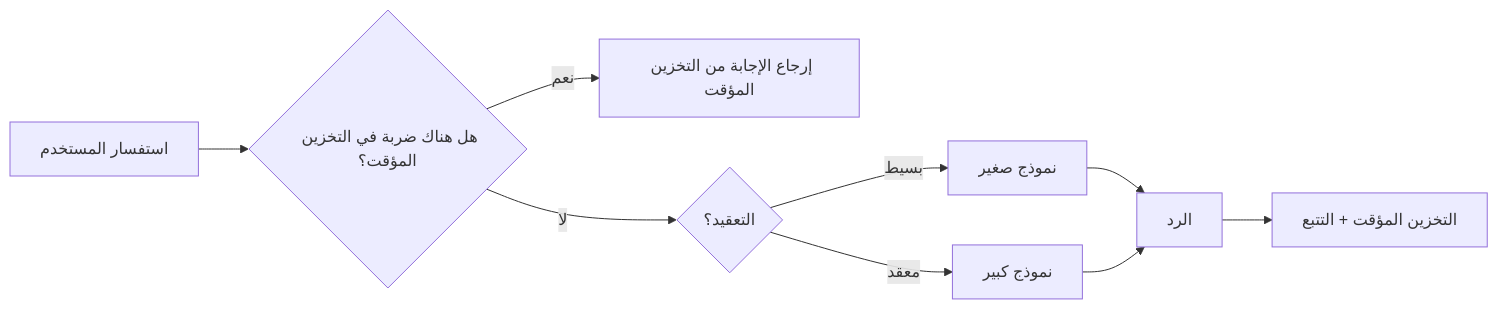
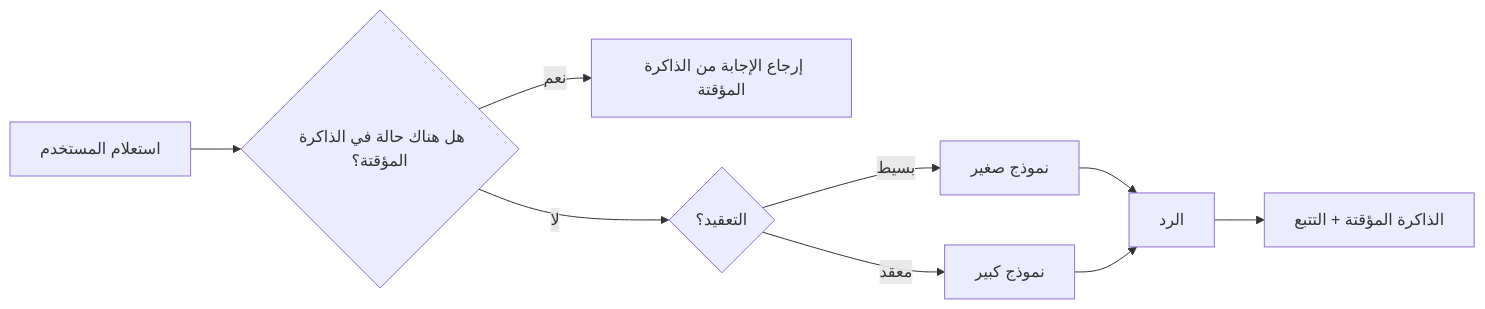
The third of 4 diagrams in mirrors/repos/microsoft@ai-agents-for-beginners/translations/ar/16-deploying-scalable-agents/README.md (gabrielmoreira/agent-skills-mirror), drawn with Mermaid before and after one commit. The commit also changed other lines of this file and 3581 other files, not shown here.

````diff
--- a/mirrors/repos/microsoft@ai-agents-for-beginners/translations/ar/16-deploying-scalable-agents/README.md
+++ b/mirrors/repos/microsoft@ai-agents-for-beginners/translations/ar/16-deploying-scalable-agents/README.md
@@ -134,11 +134,11 @@
 ```mermaid
 flowchart LR
-    Q[استفسار المستخدم] --> C{هل هناك ضربة في التخزين المؤقت؟}
-    C -->|نعم| R[إرجاع الإجابة من التخزين المؤقت]
+    Q[استعلام المستخدم] --> C{هل هناك حالة في الذاكرة المؤقتة؟}
+    C -->|نعم| R[إرجاع الإجابة من الذاكرة المؤقتة]
     C -->|لا| Router{التعقيد؟}
     Router -->|بسيط| SLM[نموذج صغير]
     Router -->|معقد| LLM[نموذج كبير]
     SLM --> Out[الرد]
     LLM --> Out
-    Out --> Store[التخزين المؤقت + التتبع]
+    Out --> Store[الذاكرة المؤقتة + التتبع]
 ```
````
